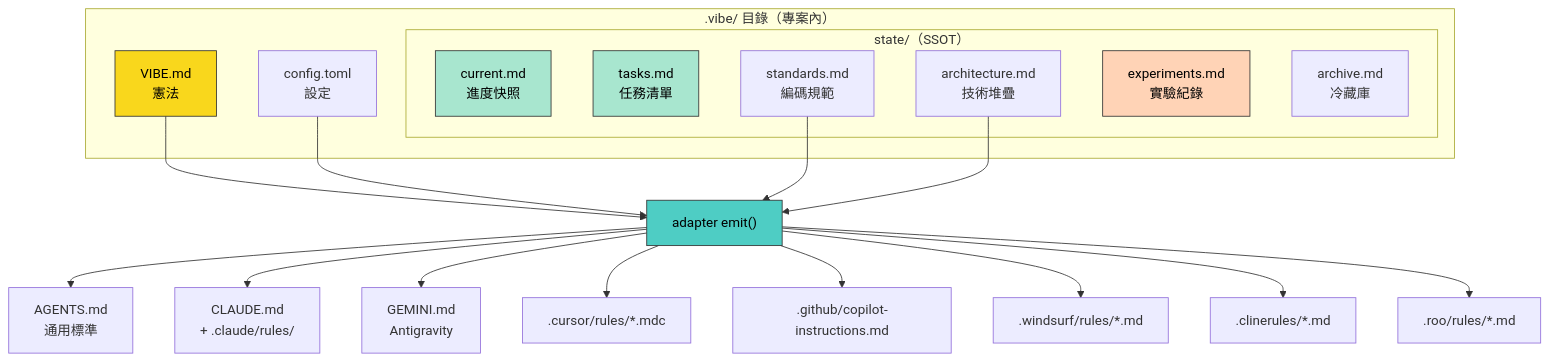
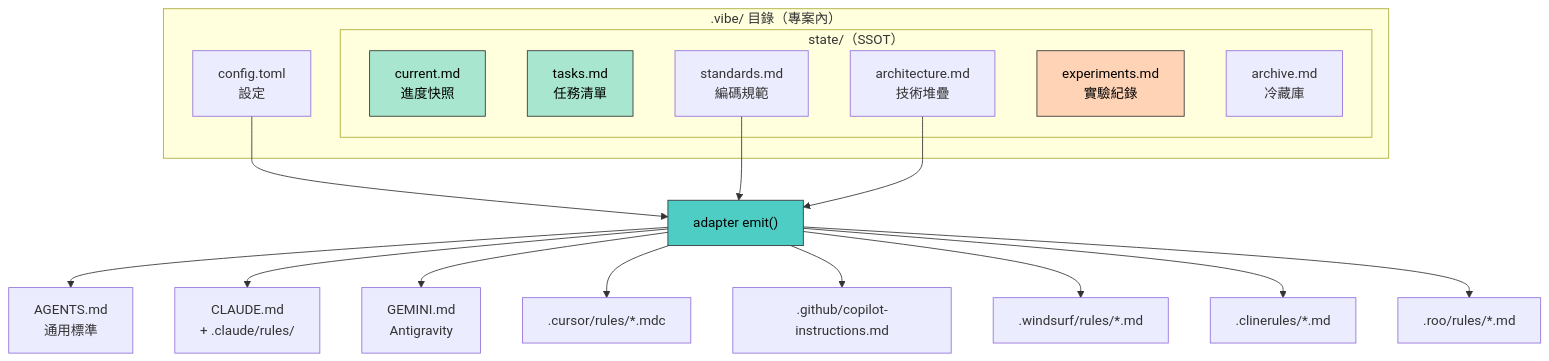
The first of 7 diagrams in docs/diagrams.md (liyoncso-Theone/vibe-state-cli), drawn with Mermaid before and after one commit. The commit also changed other lines of this file and 52 other files, not shown here.

````diff
--- a/docs/diagrams.md
+++ b/docs/diagrams.md
@@ -9,37 +9,34 @@
 ```mermaid
 graph TB
     subgraph ".vibe/ 目錄（專案內）"
-        VIBE["VIBE.md<br/>憲法"]
         CONFIG["config.toml<br/>設定"]
         subgraph "state/（SSOT）"
             CURRENT["current.md<br/>進度快照"]
             TASKS["tasks.md<br/>任務清單"]
             ARCH["architecture.md<br/>技術堆疊"]
             STD["standards.md<br/>編碼規範"]
             EXP["experiments.md<br/>實驗紀錄"]
             ARCHIVE["archive.md<br/>冷藏庫"]
         end
     end
 
-    VIBE --> DERIVE
     CONFIG --> DERIVE
     STD --> DERIVE
     ARCH --> DERIVE
 
     DERIVE["adapter emit()"]
 
     DERIVE --> AGENTS["AGENTS.md<br/>通用標準"]
     DERIVE --> CLAUDE["CLAUDE.md<br/>+ .claude/rules/"]
     DERIVE --> GEMINI["GEMINI.md<br/>Antigravity"]
     DERIVE --> CURSOR[".cursor/rules/*.mdc"]
     DERIVE --> COPILOT[".github/copilot-instructions.md"]
     DERIVE --> WINDSURF[".windsurf/rules/*.md"]
     DERIVE --> CLINE[".clinerules/*.md"]
     DERIVE --> ROO[".roo/rules/*.md"]
 
-    style VIBE fill:#f9d71c,stroke:#333,color:#000
     style DERIVE fill:#4ecdc4,stroke:#333,color:#000
     style CURRENT fill:#a8e6cf,stroke:#333,color:#000
     style TASKS fill:#a8e6cf,stroke:#333,color:#000
     style EXP fill:#ffd3b6,stroke:#333,color:#000
 ```
````
